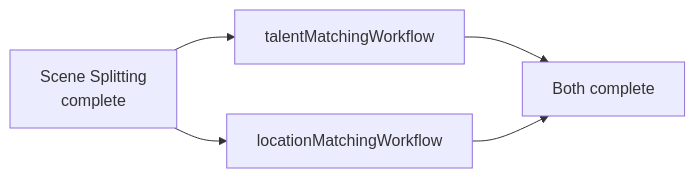
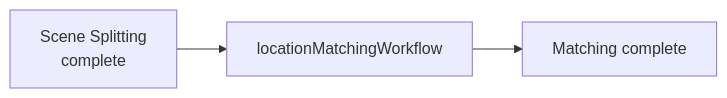
One commit to Jyatin/openstory changed the third of 7 diagrams in docs/developer-guide/workflow.md. Above: the diagram before and after it, drawn with Mermaid. The commit also changed other lines of this file and 340 other files, not shown here.

````diff
--- a/docs/developer-guide/workflow.md
+++ b/docs/developer-guide/workflow.md
@@ -194,7 +193,5 @@
 ```mermaid
 flowchart LR
-    P2["Scene Splitting<br/>complete"] --> TM["talentMatchingWorkflow"]
-    P2 --> LM["locationMatchingWorkflow"]
-    TM --> Join["Both complete"]
-    LM --> Join
+    P2["Scene Splitting<br/>complete"] --> LM["locationMatchingWorkflow"]
+    LM --> Join["Matching complete"]
 ```
````
